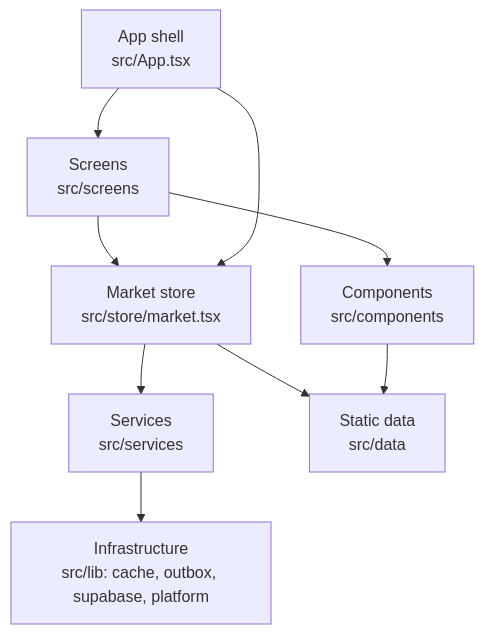
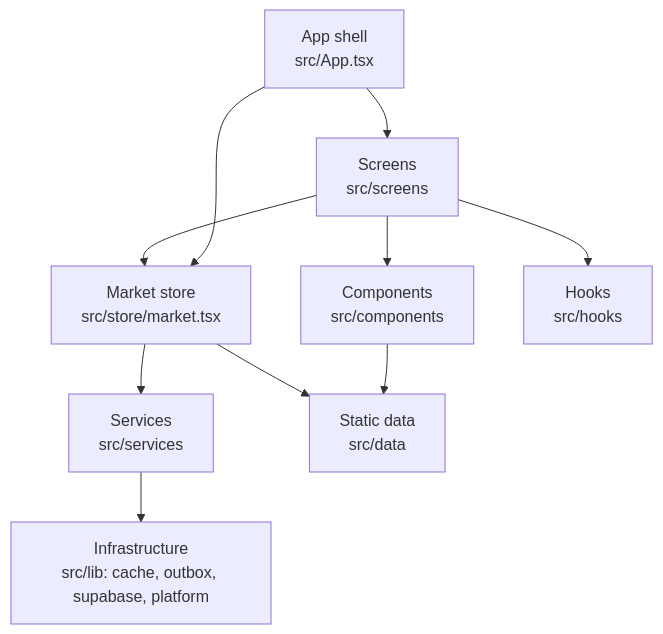
Before and after one commit to yslruzly/AniSense: the second of 10 diagrams in docs/architecture.md, drawn with Mermaid. The commit also changed other lines of this file, not shown here.

````diff
--- a/docs/architecture.md
+++ b/docs/architecture.md
@@ -89,17 +95,19 @@
 ```mermaid
 flowchart TB
   Shell["App shell<br/>src/App.tsx"]
   Screens["Screens<br/>src/screens"]
   Components["Components<br/>src/components"]
   Store["Market store<br/>src/store/market.tsx"]
   Services["Services<br/>src/services"]
   Lib["Infrastructure<br/>src/lib: cache, outbox, supabase, platform"]
   Data["Static data<br/>src/data"]
 
+  Hooks["Hooks<br/>src/hooks"]
   Shell --> Screens --> Components
+  Screens --> Hooks
   Screens --> Store
   Shell --> Store
   Store --> Services --> Lib
   Store --> Data
   Components --> Data
 ```
````
